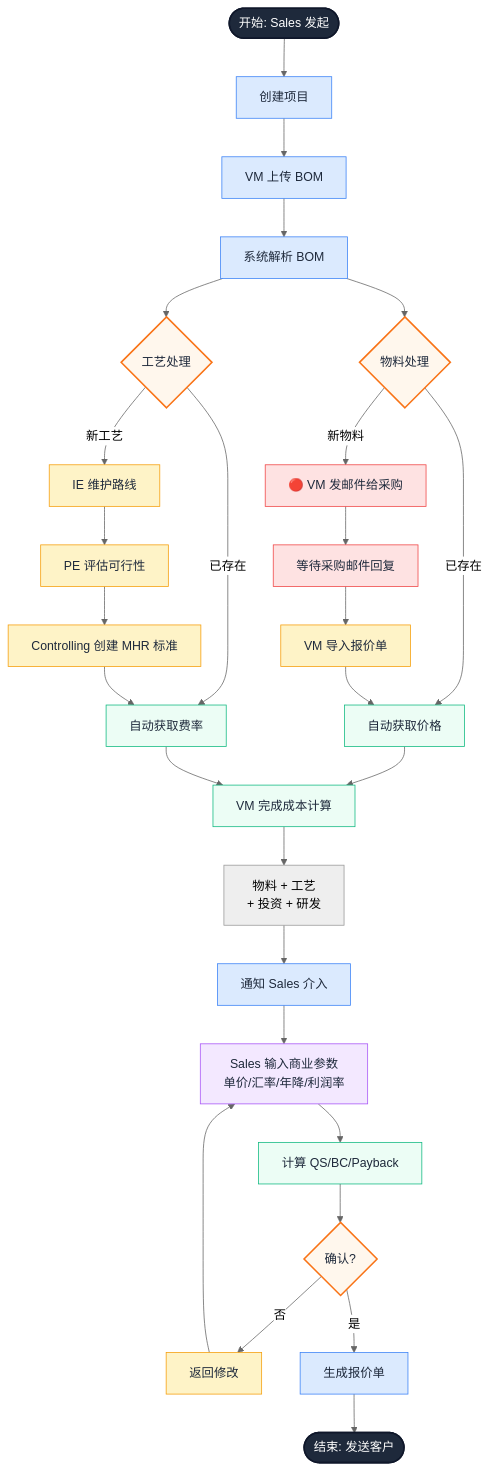
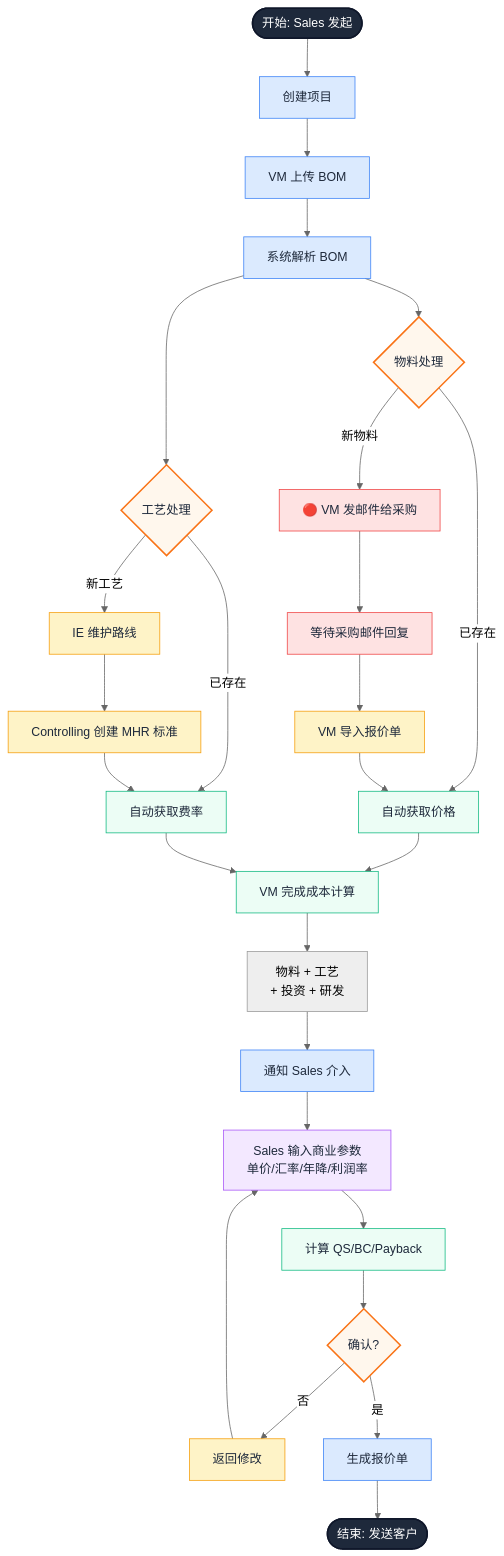
The first of 2 diagrams in docs/PRD.md (randyluo85/Quoting-Copilot), drawn with Mermaid (neutral theme) before and after one commit.

Commit message:
auto: claude changes

````diff
--- a/docs/PRD.md
+++ b/docs/PRD.md
@@ -383,59 +383,58 @@
 ```mermaid
 flowchart TB
     Start([开始: Sales 发起]) --> Project[创建项目]
 
     Project --> Upload[VM 上传 BOM]
     Upload --> Parse[系统解析 BOM]
 
     Parse --> MBranch{物料处理}
     Parse --> PBranch{工艺处理}
 
     %% 物料分支（左侧）
     MBranch -->|已存在| MAuto[自动获取价格]
     MBranch -->|新物料| MMail[🔴 VM 发邮件给采购]
     MMail --> MWait[等待采购邮件回复]
     MWait --> MImport[VM 导入报价单]
     MImport --> MAuto
 
     %% 工艺分支（右侧）
     PBranch -->|已存在| PAuto[自动获取费率]
     PBranch -->|新工艺| PIE[IE 维护路线]
-    PIE --> PPE[PE 评估可行性]
-    PPE --> PControl[Controlling 创建 MHR 标准]
+    PIE --> PControl[Controlling 创建 MHR 标准]
     PControl --> PAuto
 
     %% 汇合计算
     MAuto --> Calc[VM 完成成本计算]
     PAuto --> Calc
 
     Calc --> CalcFull[物料 + 工艺<br/>+ 投资 + 研发]
     CalcFull --> Notify[通知 Sales 介入]
 
     %% Sales 输入商业参数
     Notify --> Sales[Sales 输入商业参数<br/>单价/汇率/年降/利润率]
     Sales --> CalcQSBC[计算 QS/BC/Payback]
 
     CalcQSBC --> SDec{确认?}
     SDec -->|否| SEdit[返回修改]
     SEdit --> Sales
 
     SDec -->|是| Export[生成报价单]
     Export --> End([结束: 发送客户])
 
     %% 样式：深色文字 + 浅色背景
     classDef startEnd fill:#1e293b,stroke:#0f172a,stroke-width:2px,color:#fff
     classDef decision fill:#fff7ed,stroke:#f97316,stroke-width:2px,color:#1e293b
     classDef auto fill:#ecfdf5,stroke:#10b981,stroke-width:1px,color:#1e293b
     classDef manual fill:#fef3c7,stroke:#f59e0b,stroke-width:1px,color:#1e293b
     classDef system fill:#dbeafe,stroke:#3b82f6,stroke-width:1px,color:#1e293b
     classDef review fill:#f3e8ff,stroke:#a855f7,stroke-width:1px,color:#1e293b
     classDef email fill:#fee2e2,stroke:#ef4444,stroke-width:1px,color:#1e293b
 
     class Start,End startEnd
     class MBranch,PBranch,SDec decision
     class MAuto,PAuto,Calc,CalcQSBC auto
     class PIE,PPE,PControl,SEdit,MImport manual
     class Project,Upload,Parse,Notify,Export system
     class Sales review
     class MMail,MWait email
 ```
````
